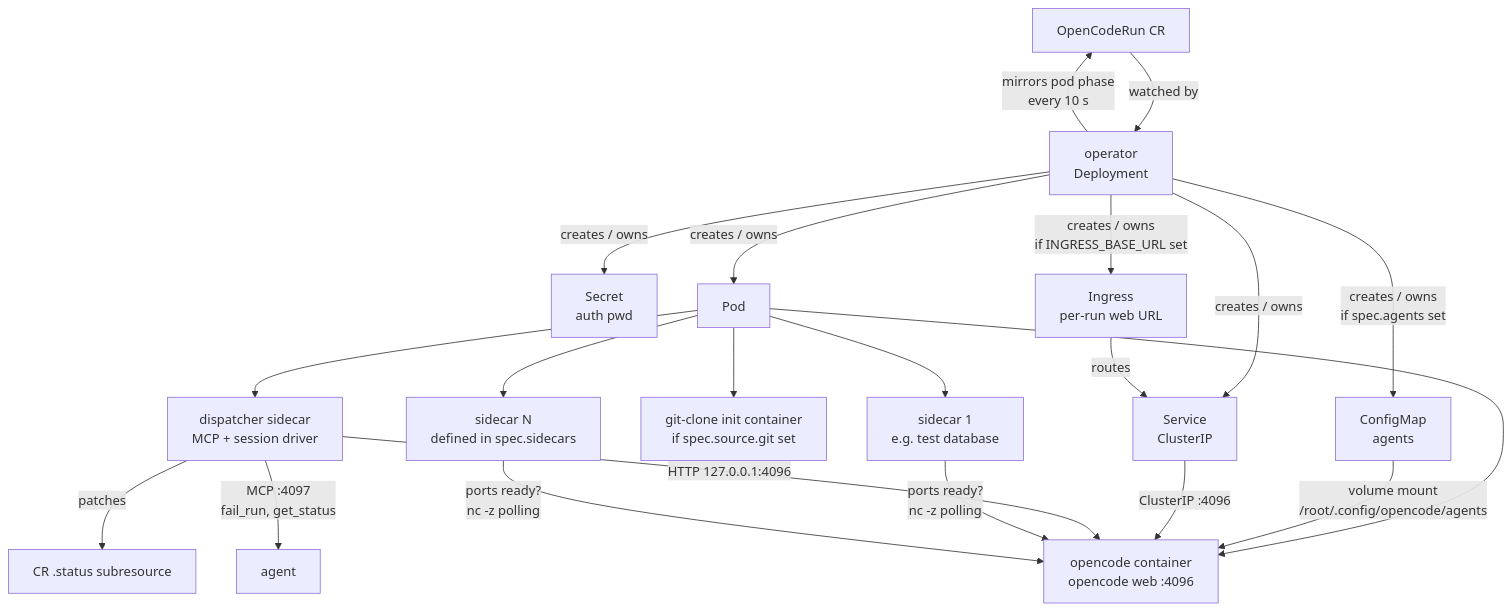
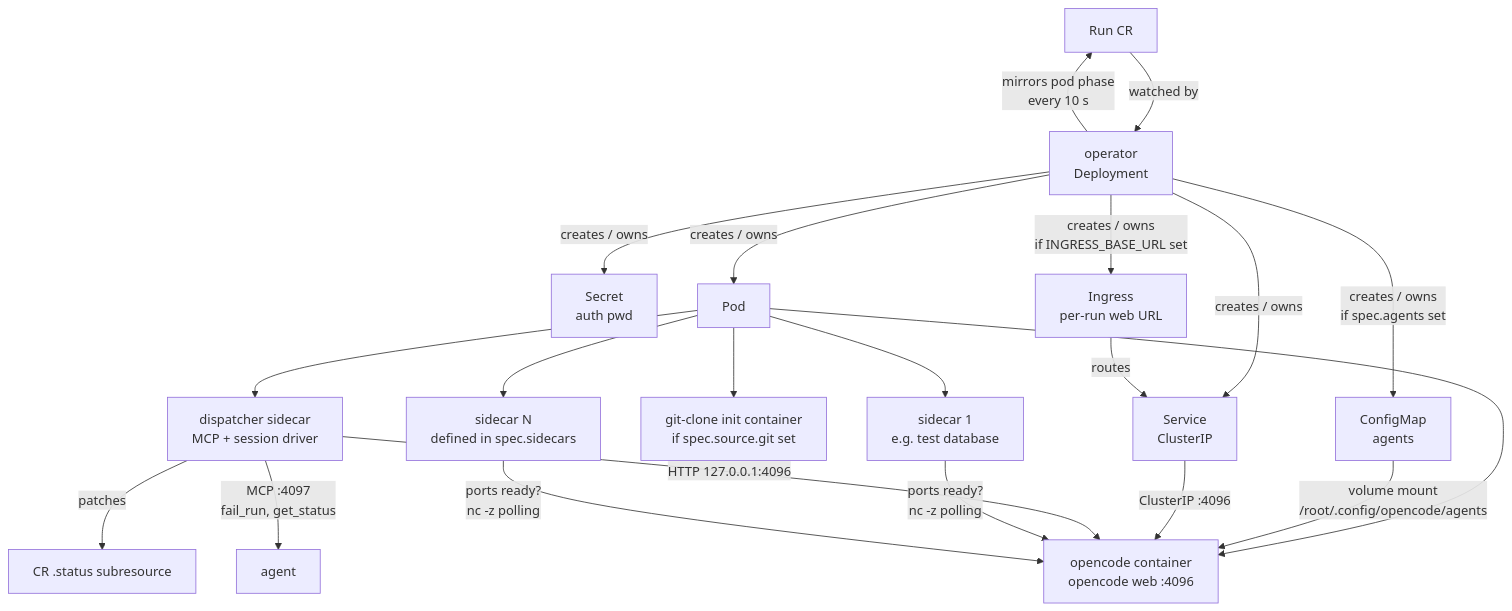
Before and after one commit to erkkaha/percussionist: the first of 6 diagrams in README.md, drawn with Mermaid. The commit also changed other lines of this file and 21 other files, not shown here.

First line of the commit message:
refactor: finish rename of OpenCodeRun/Project/Task across all files

````diff
--- a/README.md
+++ b/README.md
@@ -181,30 +181,30 @@
 ```mermaid
 flowchart TD
-    CR[OpenCodeRun CR]
+    CR[Run CR]
 
     CR -->|watched by| OP[operator\nDeployment]
 
     OP -->|creates / owns| SEC[Secret\nauth pwd]
     OP -->|creates / owns| SVC[Service\nClusterIP]
     OP -->|creates / owns| POD[Pod]
     OP -->|creates / owns\nif spec.agents set| AGCM[ConfigMap\nagents]
     OP -->|creates / owns\nif INGRESS_BASE_URL set| ING[Ingress\nper-run web URL]
     OP -->|mirrors pod phase\nevery 10 s| CR
 
     POD --> INIT[git-clone init container\nif spec.source.git set]
     POD --> OC[opencode container\nopencode web :4096]
     POD --> DISP[dispatcher sidecar\nMCP + session driver]
     POD --> SC1[sidecar 1\ne.g. test database]
     POD --> SC2[sidecar N\ndefined in spec.sidecars]
 
     AGCM -->|volume mount\n/root/.config/opencode/agents| OC
     ING -->|routes| SVC
     SVC -->|ClusterIP :4096| OC
 
     DISP -->|HTTP 127.0.0.1:4096| OC
     DISP -->|patches| STATUS[CR .status subresource]
     DISP -->|MCP :4097\nfail_run, get_status| AGENT[agent]
 
     SC1 -->|ports ready?\nnc -z polling| OC
     SC2 -->|ports ready?\nnc -z polling| OC
 ```
````
